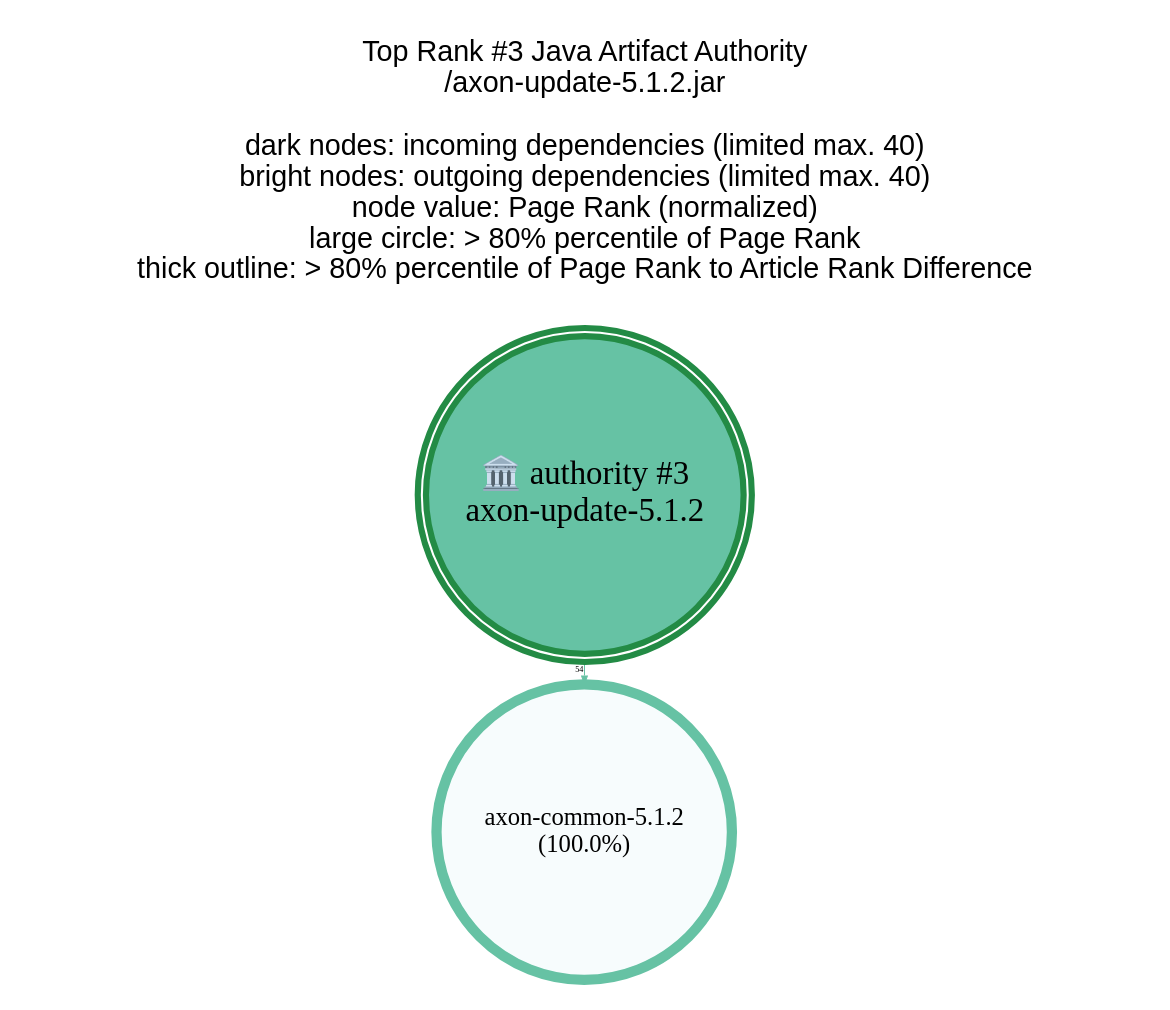
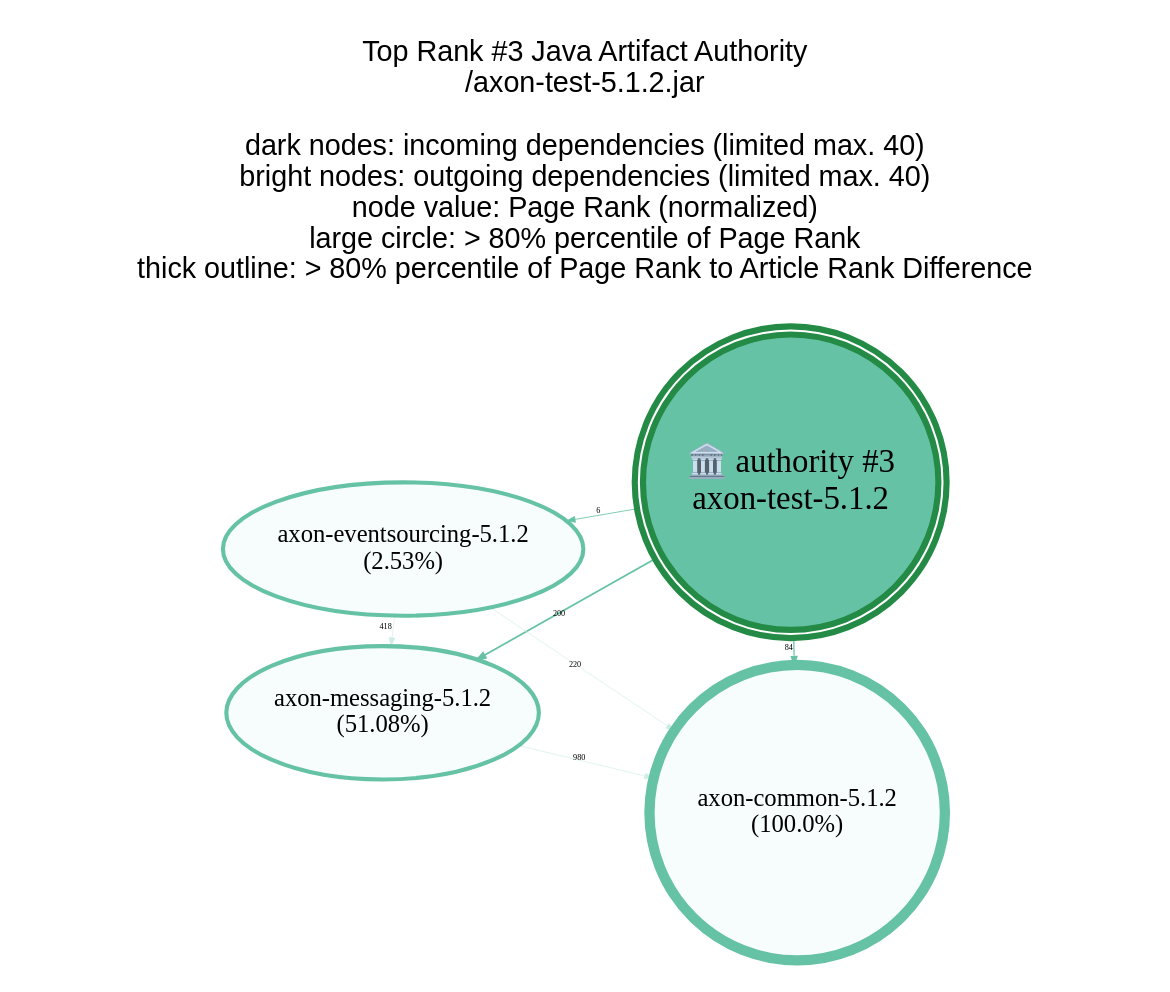
The diagram in analysis-results/AxonFramework/latest/archetypes/Java_Artifact/GraphVisualizations/graphviz/TopAuthority3.gv (JohT/code-graph-analysis-examples), drawn with Graphviz before and after one commit. The commit also changed 991 other files, not shown here.

```diff
--- a/analysis-results/AxonFramework/latest/archetypes/Java_Artifact/GraphVisualizations/graphviz/TopAuthority3.gv
+++ b/analysis-results/AxonFramework/latest/archetypes/Java_Artifact/GraphVisualizations/graphviz/TopAuthority3.gv
@@ -1,18 +1,23 @@
 // This GraphViz dot file was generated by the script convertQueryResultCsvToGraphVizDotFile.sh with TopCentral.template
 
 strict digraph TopAuthority3 {
     graph [layout = "fdp"; start = "7"; splines = "spline"; pad = "0.8,0.1"; outputorder = "edgesfirst";];
     graph [fontname = "Helvetica,Arial,sans-serif"; labelloc = "t";];
     node [colorscheme = "bugn9"; color = 6; fillcolor = 3;];
     edge [colorscheme = "bugn9"; color = 7;];
     node [fontsize = 12; style = "filled"; margin = "0.03,0.03"; width="1.3"; height="0.9";];
     edge [fontsize = 4; arrowsize = "0.4";];
 
     central [shape = "doublecircle"; height = "2.0"; margin = "0.000001,0.000001";];
     central [fontsize = 16;];
     central [color = 7; fillcolor = 5; penwidth = 3;];
 
-	graph   [label="Top Rank #3 Java Artifact Authority\n/axon-update-5.1.2.jar\n\ndark nodes: incoming dependencies (limited max. 40)\nbright nodes: outgoing dependencies (limited max. 40)\nnode value: Page Rank (normalized)\nlarge circle: > 80% percentile of Page Rank\nthick outline: > 80% percentile of Page Rank to Article Rank Difference\n\n"];
-	central [label="🏛️ authority #3\naxon-update-5.1.2"];
-	"axon-common-5.1.2_8863"  [shape = "circle"; height=2; label = "axon-common-5.1.2\n(100.0%)"; penwidth = 5; color = 5; fillcolor = 1; ]; central -> "axon-common-5.1.2_8863" [label=54; weight=54; penwidth=0.5; color = 5];
+	graph   [label="Top Rank #3 Java Artifact Authority\n/axon-test-5.1.2.jar\n\ndark nodes: incoming dependencies (limited max. 40)\nbright nodes: outgoing dependencies (limited max. 40)\nnode value: Page Rank (normalized)\nlarge circle: > 80% percentile of Page Rank\nthick outline: > 80% percentile of Page Rank to Article Rank Difference\n\n"];
+	central [label="🏛️ authority #3\naxon-test-5.1.2"];
+	"axon-messaging-5.1.2_6333"  [label = "axon-messaging-5.1.2\n(51.08%)"; penwidth = 2; color = 5; fillcolor = 1; ]; central -> "axon-messaging-5.1.2_6333" [label=200; weight=200; penwidth=0.9; color = 5];
+	"axon-common-5.1.2_32285"  [shape = "circle"; height=2; label = "axon-common-5.1.2\n(100.0%)"; penwidth = 5; color = 5; fillcolor = 1; ]; central -> "axon-common-5.1.2_32285" [label=84; weight=84; penwidth=0.6; color = 5];
+	"axon-eventsourcing-5.1.2_39255"  [label = "axon-eventsourcing-5.1.2\n(2.53%)"; penwidth = 2; color = 5; fillcolor = 1; ]; central -> "axon-eventsourcing-5.1.2_39255" [label=6; weight=6; penwidth=0.4; color = 5];
+	"axon-messaging-5.1.2_6333" -> "axon-common-5.1.2_32285" [label=980; weight=980; penwidth=0.3; color = 3]
+	"axon-eventsourcing-5.1.2_39255" -> "axon-messaging-5.1.2_6333" [label=418; weight=418; penwidth=0.3; color = 3]
+	"axon-eventsourcing-5.1.2_39255" -> "axon-common-5.1.2_32285" [label=220; weight=220; penwidth=0.3; color = 3]
 }
```
